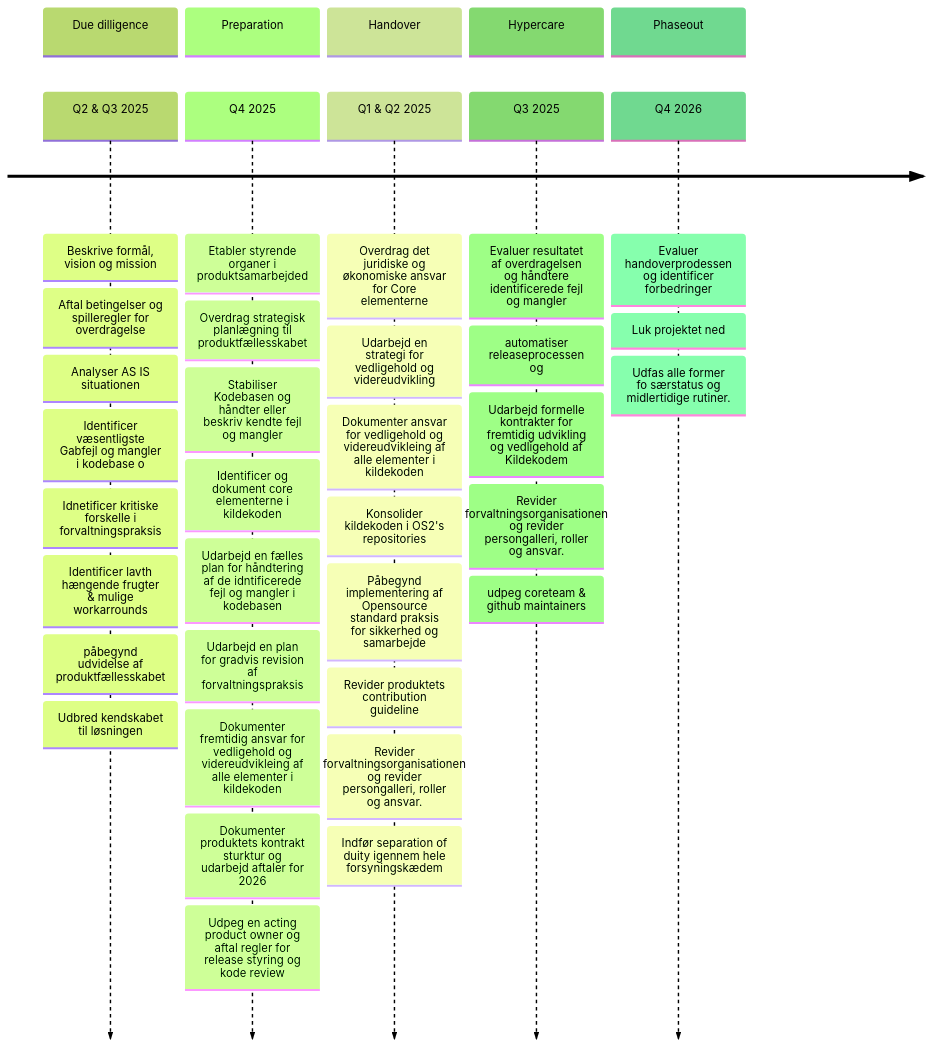
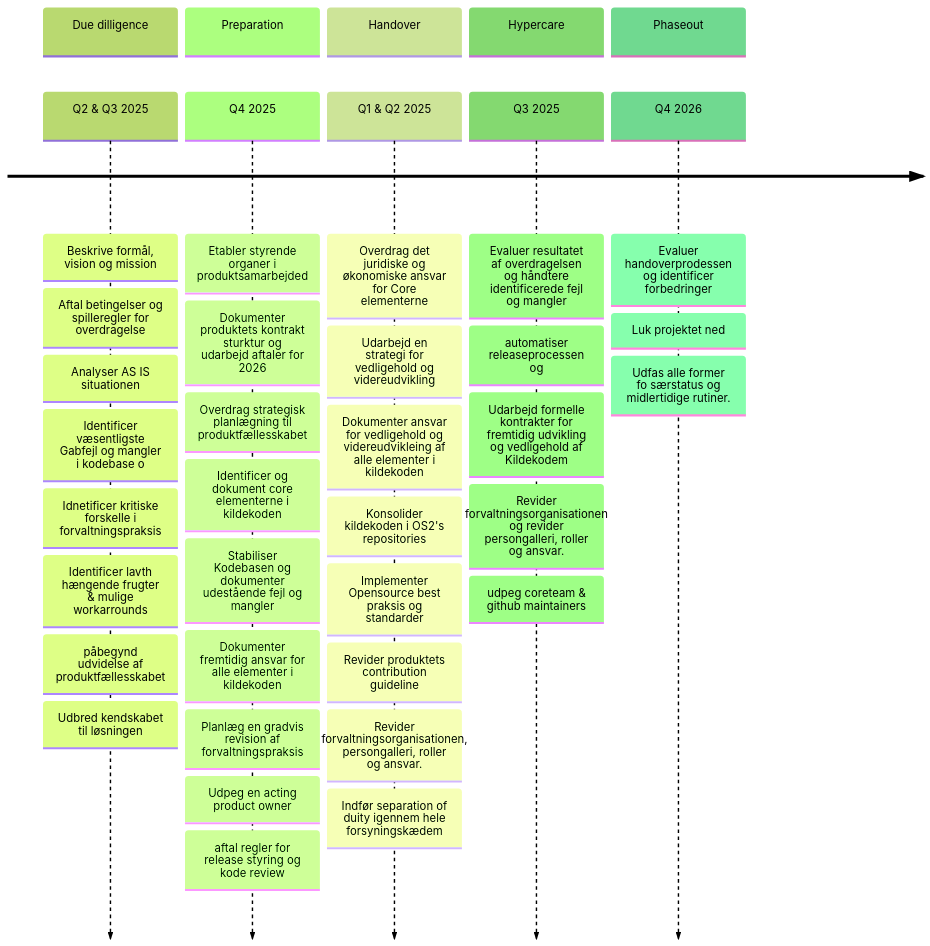
One commit to ChatBotBerg/OS2produktmodning changed the second of 2 diagrams in docs/Produktspecifikke-anvisninger/OS2display/OS2display_handover.md. Above: the diagram before and after it, drawn with Mermaid.

````diff
--- a/docs/Produktspecifikke-anvisninger/OS2display/OS2display_handover.md
+++ b/docs/Produktspecifikke-anvisninger/OS2display/OS2display_handover.md
@@ -77,46 +77,46 @@
 ```mermaid
 %% Help: Milestones are displayed using Mermaid timeline syntax. Please include a section for each milestone and identify all tasks releated to reaching the goal.
 %% Mermaid documentation for timeline syntax: https://mermaid.js.org/syntax/timeline.html
 %%{init: { 'theme': 'forest', 'timeline': {'disableMulticolor': true}}}%%
 timeline
     section Due dilligence
       Q2 & Q3 2025 : Beskrive formål, vision og mission
                    : Aftal betingelser og spilleregler for overdragelse
                    : Analyser AS IS situationen
                    : Identificer væsentligste Gabfejl og mangler i kodebase o
                    : Idnetificer kritiske forskelle i forvaltningspraksis
                    : Identificer lavth hængende frugter & mulige workarrounds
                    : påbegynd udvidelse af produktfællesskabet
                    : Udbred kendskabet til løsningen
     section Preparation
       Q4 2025      : Etabler styrende organer i produktsamarbejded
+                   : Dokumenter produktets kontrakt sturktur og udarbejd aftaler for 2026
                    : Overdrag strategisk planlægning til produktfællesskabet
-                   : Stabiliser Kodebasen og håndter eller beskriv kendte fejl og mangler
                    : Identificer og dokument core elementerne i kildekoden
-                   : Udarbejd en fælles plan for håndtering af de idntificerede fejl og mangler i kodebasen
-                   : Udarbejd en plan for gradvis revision af forvaltningspraksis 
-                   : Dokumenter fremtidig ansvar for vedligehold og videreudvikleing af alle elementer i kildekoden
-                   : Dokumenter produktets kontrakt sturktur og udarbejd aftaler for 2026
-                   : Udpeg en acting product owner og aftal regler for release styring og kode review
+                   : Stabiliser Kodebasen og dokumenter udestående fejl og mangler
+                   : Dokumenter fremtidig ansvar for alle elementer i kildekoden
+                   : Planlæg en gradvis revision af forvaltningspraksis 
+                   : Udpeg en acting product owner 
+                   : aftal regler for release styring og kode review
     section Handover
       Q1 & Q2 2025  : Overdrag det juridiske og økonomiske ansvar for Core elementerne
               : Udarbejd en strategi for vedligehold og videreudvikling
               : Dokumenter ansvar for vedligehold og videreudvikleing af alle elementer i kildekoden
               : Konsolider kildekoden i OS2's repositories
-              : Påbegynd implementering af Opensource standard praksis for sikkerhed og samarbejde
+              : Implementer Opensource best praksis og standarder
               : Revider produktets contribution guideline
-              : Revider forvaltningsorganisationen og revider persongalleri, roller og ansvar. 
+              : Revider forvaltningsorganisationen, persongalleri, roller og ansvar. 
               : Indfør separation of duity igennem hele forsyningskædem
     section Hypercare
       Q3 2025 : Evaluer resultatet af overdragelsen og håndtere identificerede fejl og mangler
               : automatiser releaseprocessen og 
               : Udarbejd formelle kontrakter for fremtidig udvikling og vedligehold af Kildekodem
               : Revider forvaltningsorganisationen og revider persongalleri, roller og ansvar. 
               : udpeg coreteam & github maintainers
 
     section Phaseout
       Q4 2026 : Evaluer handoverprodessen og identificer forbedringer
               : Luk projektet ned
               : Udfas alle former fo særstatus og midlertidige rutiner. 
 
 ```
````
